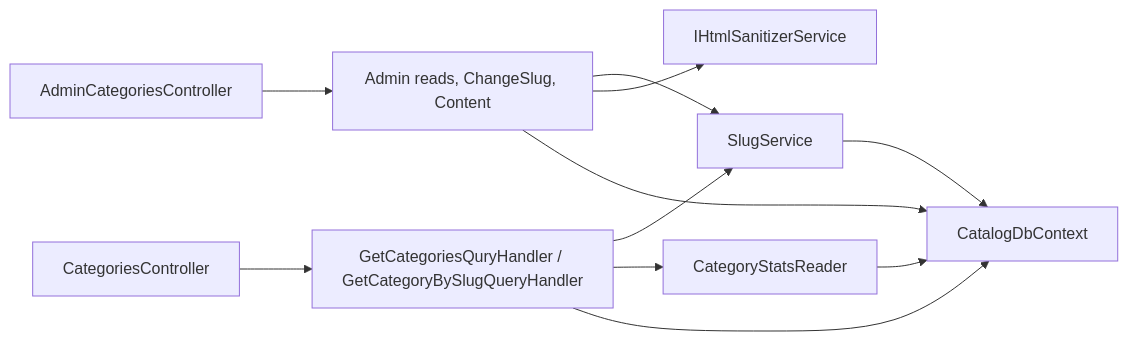
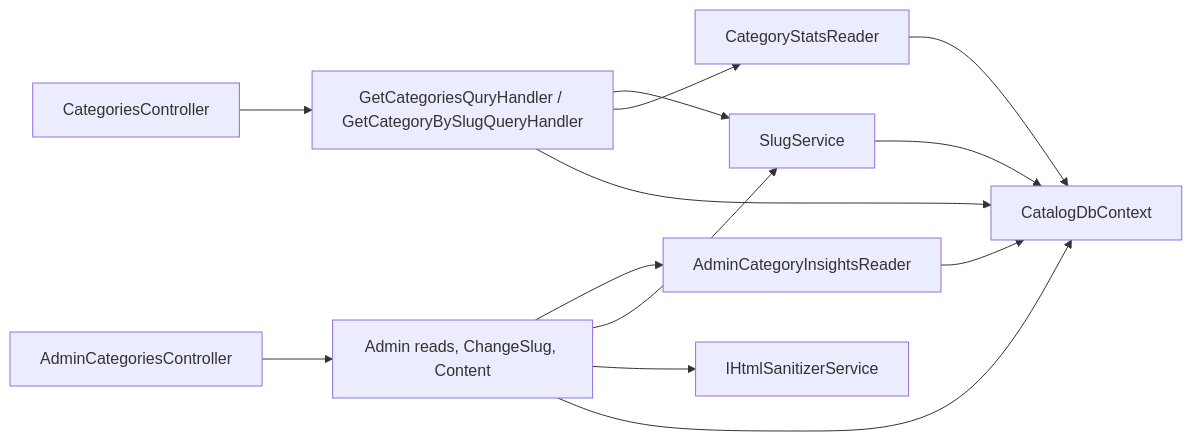
One commit to Weretik/KedrStore changed the diagram in docs/sdd/features/catalog/categories.md. Above: the diagram before and after it, drawn with Mermaid. The commit also changed other lines of this file and 8 other files, not shown here.

First line of the commit message:
feat(catalog): product counts and filled text languages in the admin category list

````diff
--- a/docs/sdd/features/catalog/categories.md
+++ b/docs/sdd/features/catalog/categories.md
@@ -45,10 +47,11 @@
 ```mermaid
 flowchart LR
     A["CategoriesController"] --> C["GetCategoriesQuryHandler / GetCategoryBySlugQueryHandler"]
     B["AdminCategoriesController"] --> D["Admin reads, ChangeSlug, Content"]
     C --> S["SlugService"]
     C --> T["CategoryStatsReader"]
+    D --> I["AdminCategoryInsightsReader"]
     D --> S
     D --> H["IHtmlSanitizerService"]
-    C & D & S & T --> F["CatalogDbContext"]
+    C & D & S & T & I --> F["CatalogDbContext"]
 ```
````
